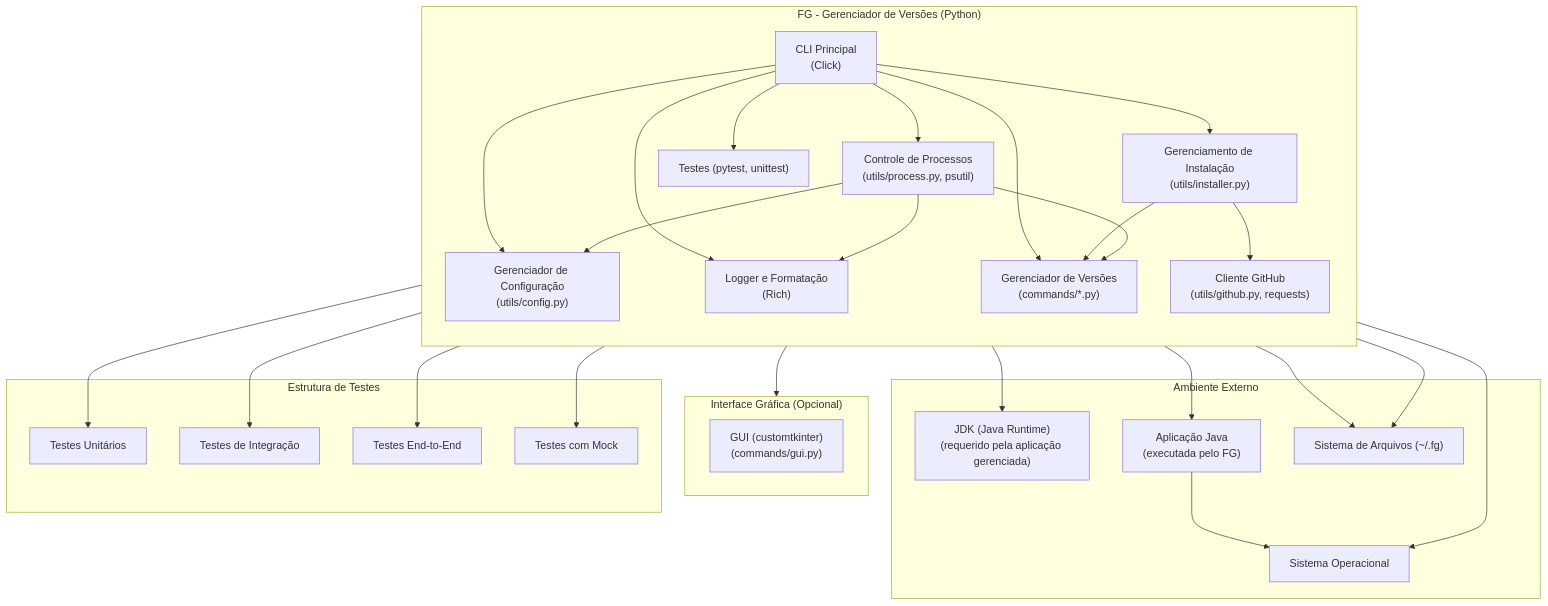
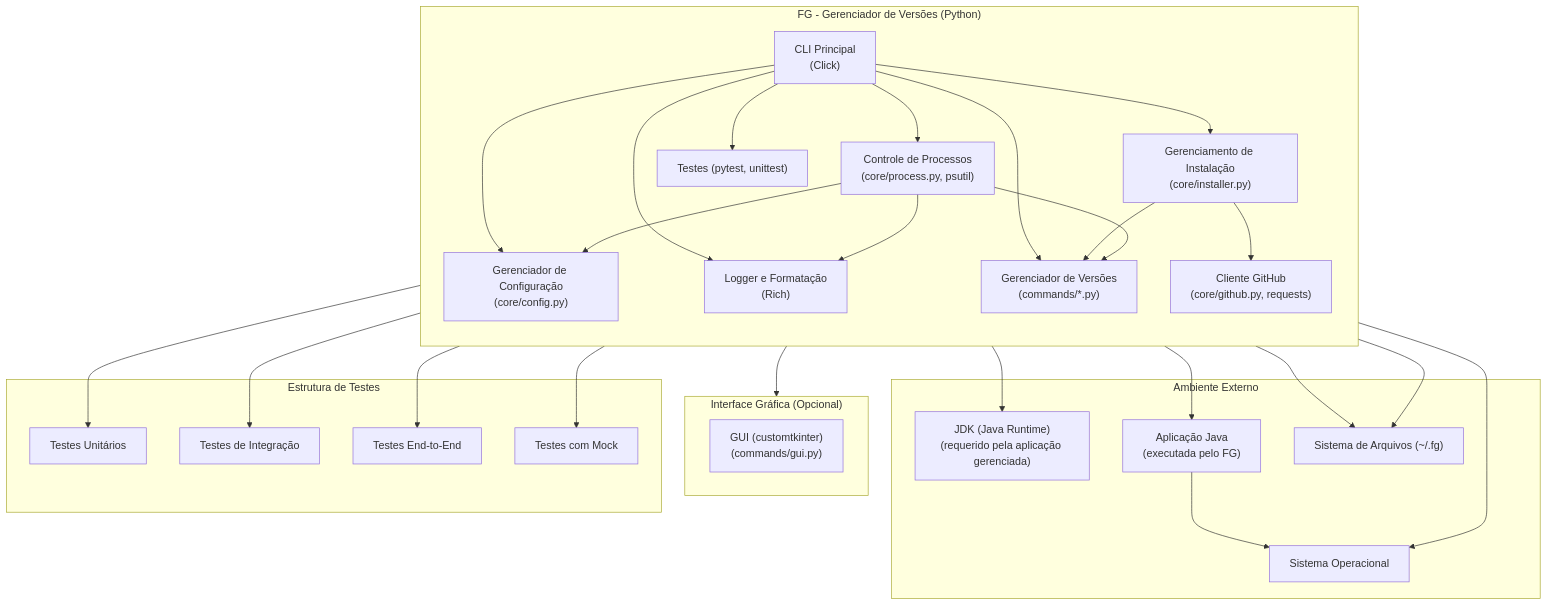
Before and after one commit to douglasedurocha/fg: the diagram in README.md, drawn with Mermaid. The commit also changed other lines of this file and 20 other files, not shown here.

````diff
--- a/README.md
+++ b/README.md
@@ -17,60 +17,60 @@
 ```mermaid
 flowchart TD
   subgraph FG_CLI["FG - Gerenciador de Versões (Python)"]
     direction TB
 
     Entry["CLI Principal<br>(Click)"]
-    Config["Gerenciador de Configuração<br>(utils/config.py)"]
-    Installer["Gerenciamento de Instalação<br>(utils/installer.py)"]
-    ProcessManager["Controle de Processos<br>(utils/process.py, psutil)"]
-    GitHubClient["Cliente GitHub<br>(utils/github.py, requests)"]
+    Config["Gerenciador de Configuração<br>(core/config.py)"]
+    Installer["Gerenciamento de Instalação<br>(core/installer.py)"]
+    ProcessManager["Controle de Processos<br>(core/process.py, psutil)"]
+    GitHubClient["Cliente GitHub<br>(core/github.py, requests)"]
     Logger["Logger e Formatação<br>(Rich)"]
     VersionMgr["Gerenciador de Versões<br>(commands/*.py)"]
     Tests["Testes (pytest, unittest)"]
 
     Entry --> Config
     Entry --> Installer
     Entry --> ProcessManager
     Entry --> Logger
     Entry --> VersionMgr
     Installer --> GitHubClient
     Installer --> VersionMgr
     ProcessManager --> Config
     ProcessManager --> Logger
     ProcessManager --> VersionMgr
     Entry --> Tests
   end
 
   subgraph GUI_Module["Interface Gráfica (Opcional)"]
     GUI["GUI (customtkinter)<br>(commands/gui.py)"]
   end
 
   FG_CLI --> GUI_Module
 
   subgraph External["Ambiente Externo"]
     JDK["JDK (Java Runtime)<br>(requerido pela aplicação gerenciada)"]
     JavaApp["Aplicação Java<br>(executada pelo FG)"]
     OS["Sistema Operacional"]
     FileSystem["Sistema de Arquivos (~/.fg)"]
   end
 
   Installer --> FileSystem
   ProcessManager --> JavaApp
   ProcessManager --> OS
   Config --> FileSystem
   Installer --> JDK
   JavaApp --> OS
 
   %% Estrutura de Testes Detalhada
   subgraph Testing["Estrutura de Testes"]
     UnitTests["Testes Unitários"]
     IntegrationTests["Testes de Integração"]
     E2ETests["Testes End-to-End"]
     MockTests["Testes com Mock"]
   end
 
   Tests --> UnitTests
   Tests --> IntegrationTests
   Tests --> E2ETests
   Tests --> MockTests
 ```
````
